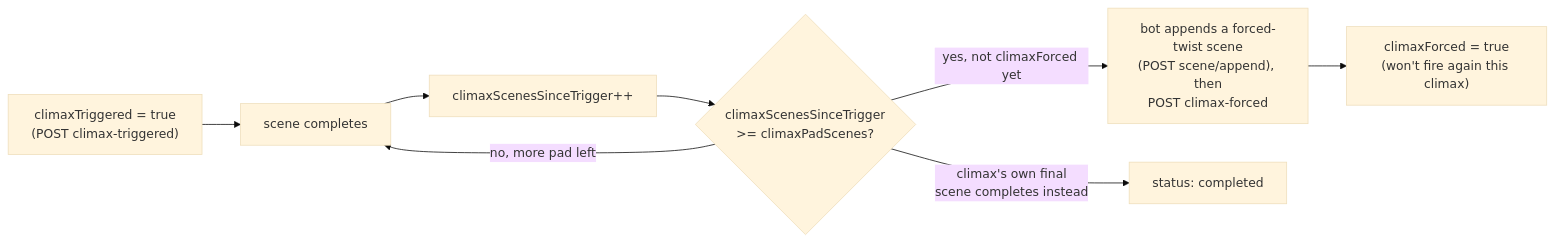
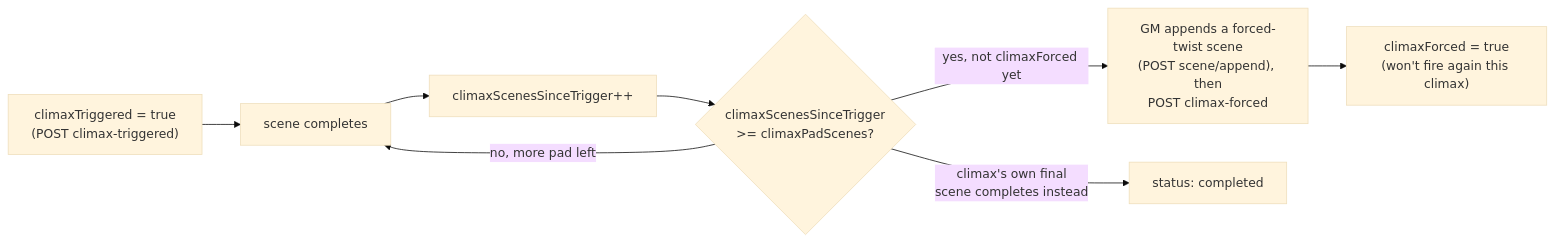
Before and after one commit to Chronophage-net/fates-edge-apps: the second of 2 diagrams in utilities/javascript/fates-edge-socket-server/DESIGN.md, drawn with Mermaid (base theme). The commit also changed other lines of this file and 15 other files, not shown here.

````diff
--- a/utilities/javascript/fates-edge-socket-server/DESIGN.md
+++ b/utilities/javascript/fates-edge-socket-server/DESIGN.md
@@ -80,10 +57,10 @@
 ```mermaid
 flowchart LR
     A["climaxTriggered = true\n(POST climax-triggered)"] --> B["scene completes"]
     B --> C["climaxScenesSinceTrigger++"]
     C --> D{"climaxScenesSinceTrigger\n>= climaxPadScenes?"}
     D -- no, more pad left --> B
-    D -- yes, not climaxForced yet --> E["bot appends a forced-twist scene\n(POST scene/append), then\nPOST climax-forced"]
+    D -- yes, not climaxForced yet --> E["GM appends a forced-twist scene\n(POST scene/append), then\nPOST climax-forced"]
     E --> F["climaxForced = true\n(won't fire again this climax)"]
     D -- climax's own final\nscene completes instead --> G["status: completed"]
 ```
````
